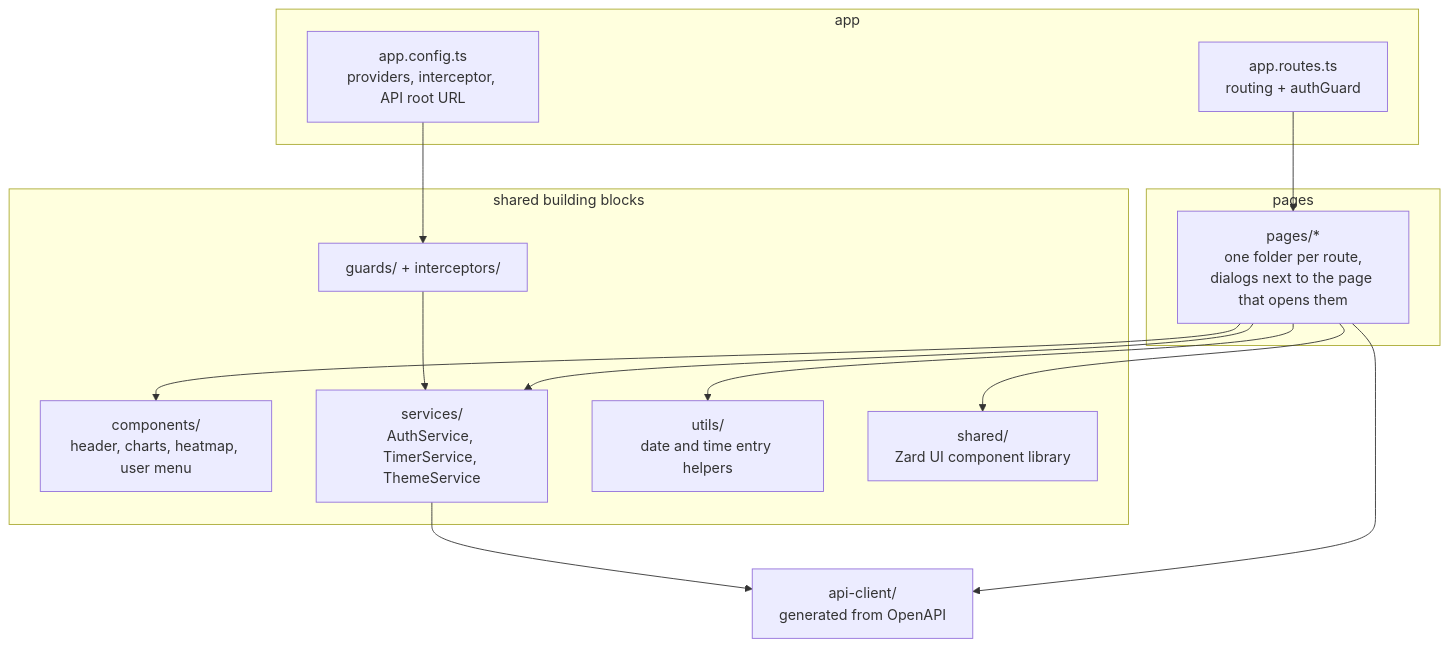
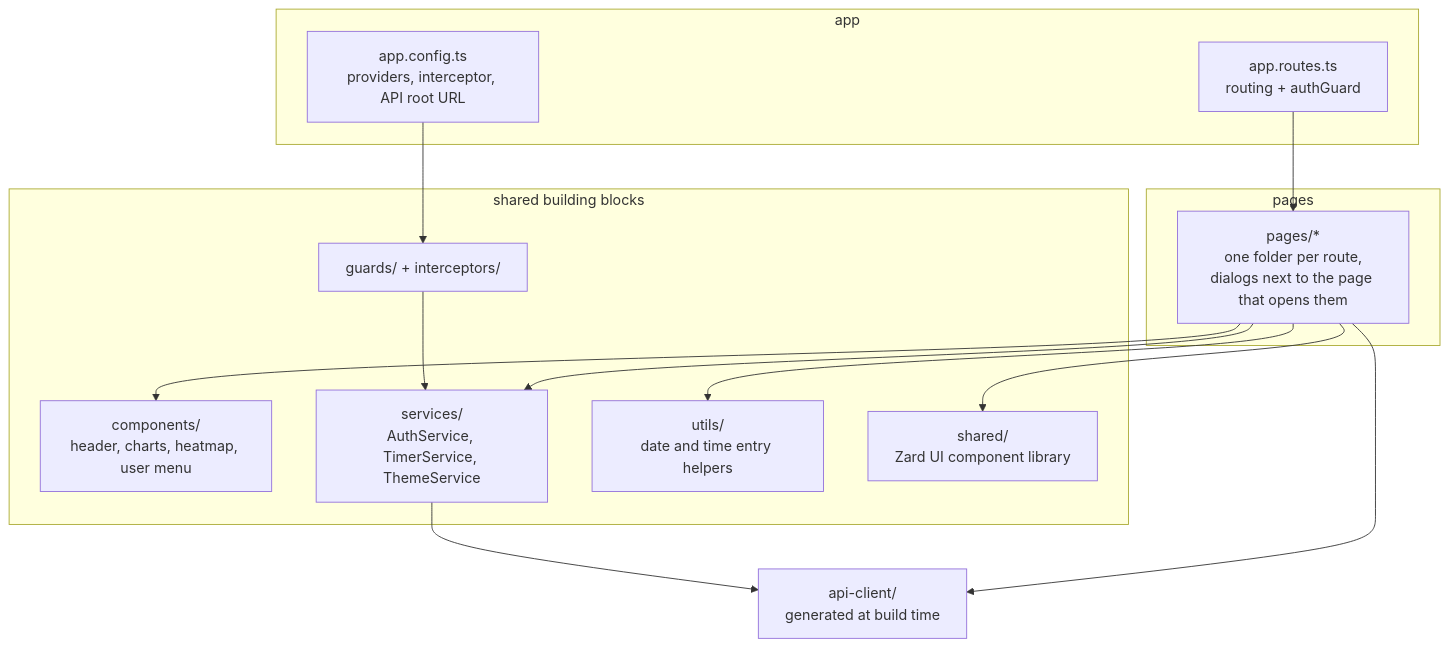
Before and after one commit to samuelthomas08/open-time-record: the fifth of 6 diagrams in docs/architecture.md, drawn with Mermaid. The commit also changed other lines of this file and 7 other files, not shown here.

First line of the commit message:
build: generate API client from committed OpenAPI contract instead of checking it in

````diff
--- a/docs/architecture.md
+++ b/docs/architecture.md
@@ -138,31 +138,31 @@
 ```mermaid
 flowchart TB
     subgraph app
         Routes["app.routes.ts<br/>routing + authGuard"]
         Config["app.config.ts<br/>providers, interceptor, API root URL"]
     end
 
     subgraph pages
         Pages["pages/*<br/>one folder per route,<br/>dialogs next to the page that opens them"]
     end
 
     subgraph shared building blocks
         Components["components/<br/>header, charts, heatmap, user menu"]
         Services["services/<br/>AuthService, TimerService, ThemeService"]
         Utils["utils/<br/>date and time entry helpers"]
         Guards["guards/ + interceptors/"]
         Zard["shared/<br/>Zard UI component library"]
     end
 
-    ApiClient["api-client/<br/>generated from OpenAPI"]
+    ApiClient["api-client/<br/>generated at build time"]
 
     Routes --> Pages
     Pages --> Components
     Pages --> Services
     Pages --> Utils
     Pages --> Zard
     Pages --> ApiClient
     Services --> ApiClient
     Guards --> Services
     Config --> Guards
 ```
````
